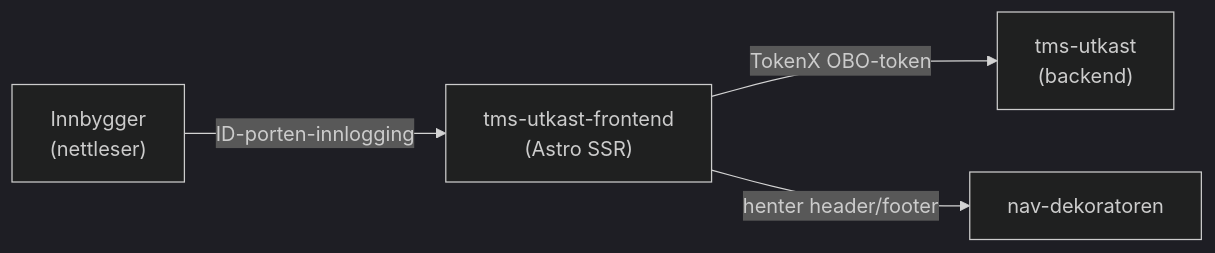
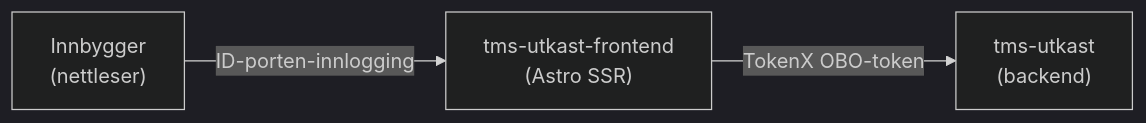
Before and after one commit to navikt/tms-utkast-frontend: the diagram in README.md, drawn with Mermaid (dark theme).

Commit message:
Oppdater readme

````diff
--- a/README.md
+++ b/README.md
@@ -19,11 +19,9 @@
 ```mermaid
 flowchart LR
     bruker["Innbygger\n(nettleser)"]
     frontend["tms-utkast-frontend\n(Astro SSR)"]
     backend["tms-utkast\n(backend)"]
-    dekorator["nav-dekoratoren"]
 
     bruker -->|ID-porten-innlogging| frontend
     frontend -->|TokenX OBO-token| backend
-    frontend -->|henter header/footer| dekorator
 ```
````
